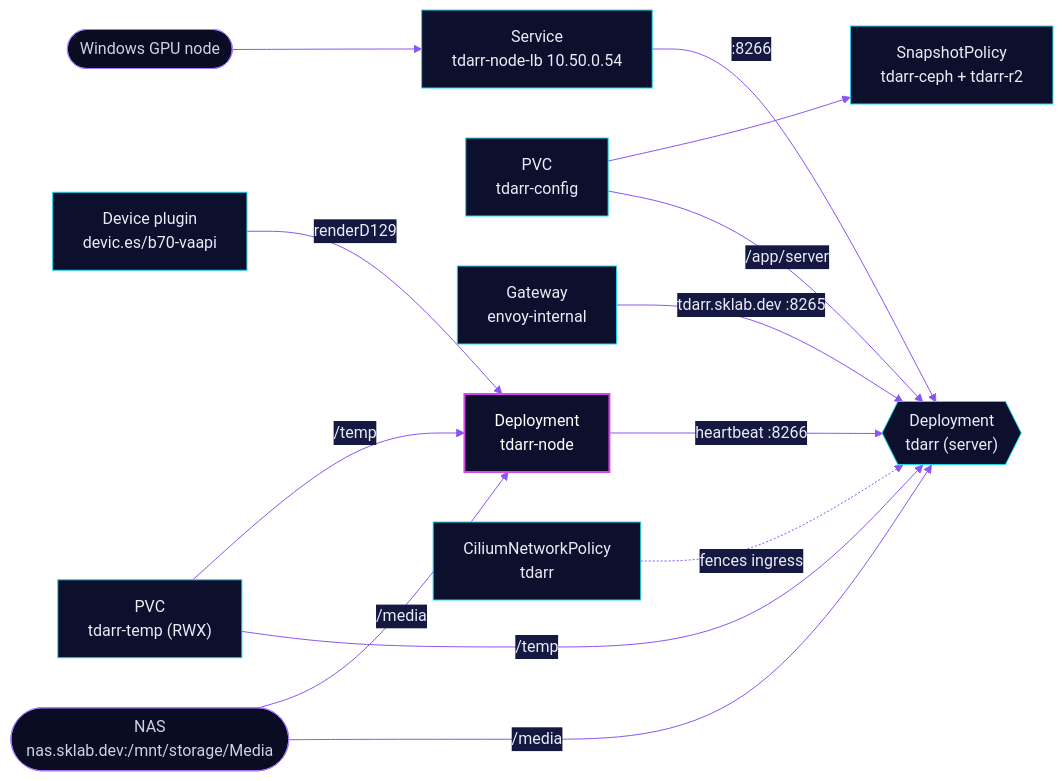
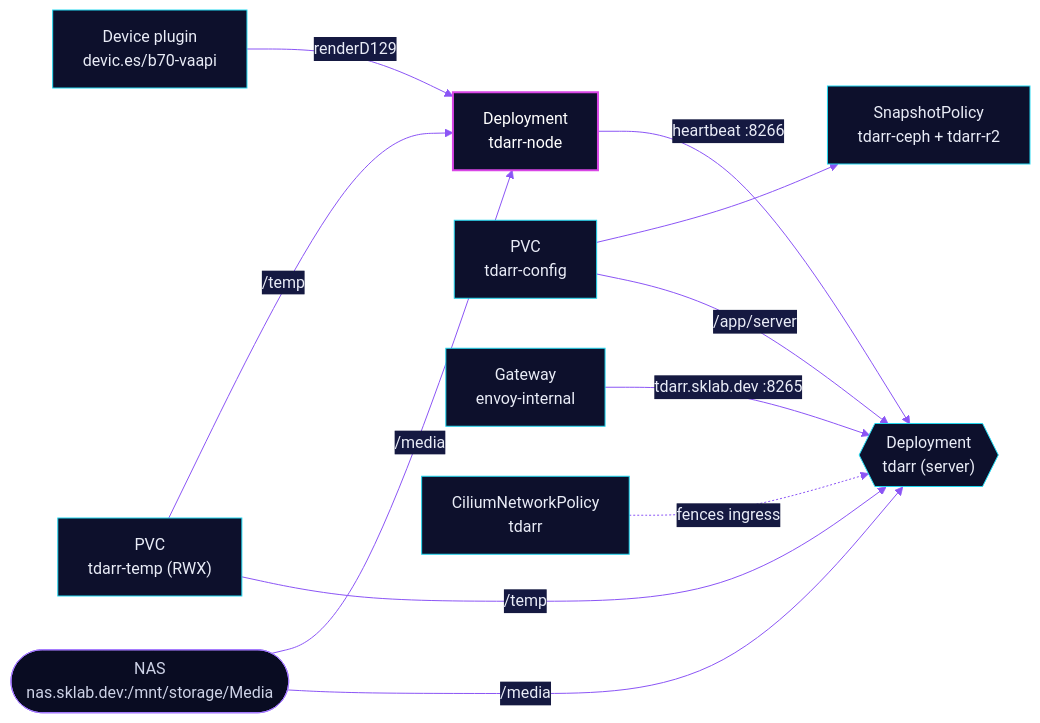
The diagram in kubernetes/apps/base/media/tdarr/README.md (skrumbach/home-ops), drawn with Mermaid before and after one commit. The commit also changed other lines of this file and 4 other files, not shown here.

First line of the commit message:
fix(tdarr): drop the Windows worker LoadBalancer and world ingress rule

````diff
--- a/kubernetes/apps/base/media/tdarr/README.md
+++ b/kubernetes/apps/base/media/tdarr/README.md
@@ -36,20 +34,18 @@
 ```mermaid
 %%{init: {'theme':'base','themeVariables':{'primaryColor':'#0D102C','primaryTextColor':'#E9ECF7','primaryBorderColor':'#22D8F0','lineColor':'#8B55F5','secondaryColor':'#151941','tertiaryColor':'#090C22','edgeLabelBackground':'#151941'}}}%%
 flowchart LR
   nas(["NAS<br/>nas.sklab.dev:/mnt/storage/Media"]) -->|/media| srv{{"Deployment<br/>tdarr (server)"}}
   nas -->|/media| node["Deployment<br/>tdarr-node"]
   cfg["PVC<br/>tdarr-config"] -->|/app/server| srv
   tmp["PVC<br/>tdarr-temp (RWX)"] -->|/temp| srv
   tmp -->|/temp| node
   node -->|"heartbeat :8266"| srv
   gp["Device plugin<br/>devic.es/b70-vaapi"] -->|renderD129| node
   gw["Gateway<br/>envoy-internal"] -->|"tdarr.sklab.dev :8265"| srv
-  lb["Service<br/>tdarr-node-lb 10.50.0.54"] -->|":8266"| srv
-  win(["Windows GPU node"]) --> lb
   cnp["CiliumNetworkPolicy<br/>tdarr"] -.->|fences ingress| srv
   cfg --> sp["SnapshotPolicy<br/>tdarr-ceph + tdarr-r2"]
   classDef accent fill:#0D102C,stroke:#D946E6,stroke-width:2px,color:#FFFFFF
   classDef ext fill:#090C22,stroke:#A57BFF,color:#CDD2E6
   class node accent
-  class nas,win ext
+  class nas ext
 ```
````
